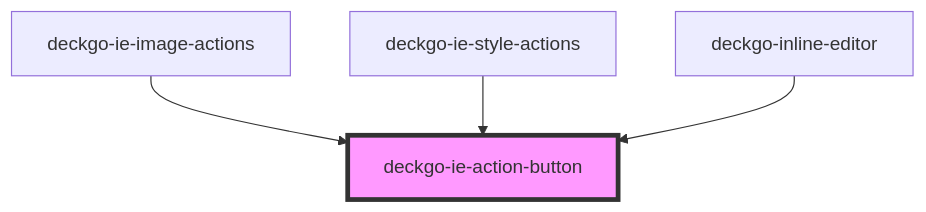
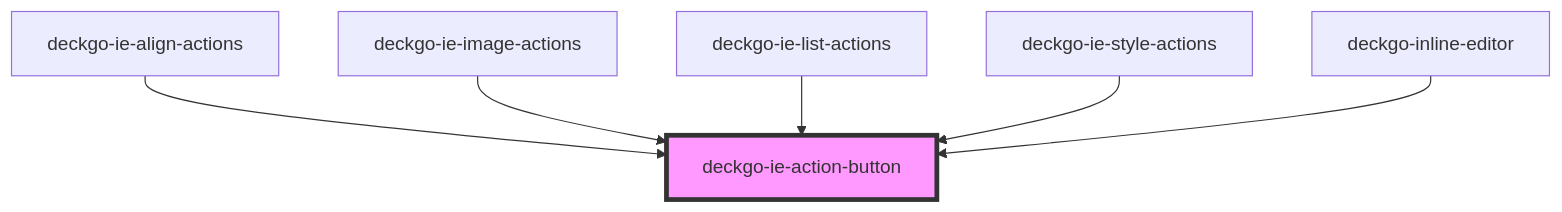
One commit to deckgo/deckdeckgo changed the diagram in webcomponents/inline-editor/src/components/components/action-button/readme.md. Above: the diagram before and after it, drawn with Mermaid. The commit also changed other lines of this file and 3 other files, not shown here.

````diff
--- a/webcomponents/inline-editor/src/components/components/action-button/readme.md
+++ b/webcomponents/inline-editor/src/components/components/action-button/readme.md
@@ -29,7 +31,9 @@
 ```mermaid
 graph TD;
+  deckgo-ie-align-actions --> deckgo-ie-action-button
   deckgo-ie-image-actions --> deckgo-ie-action-button
+  deckgo-ie-list-actions --> deckgo-ie-action-button
   deckgo-ie-style-actions --> deckgo-ie-action-button
   deckgo-inline-editor --> deckgo-ie-action-button
   style deckgo-ie-action-button fill:#f9f,stroke:#333,stroke-width:4px
 ```
````
